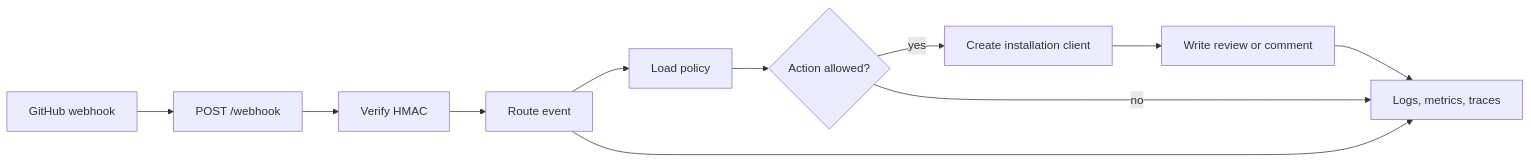
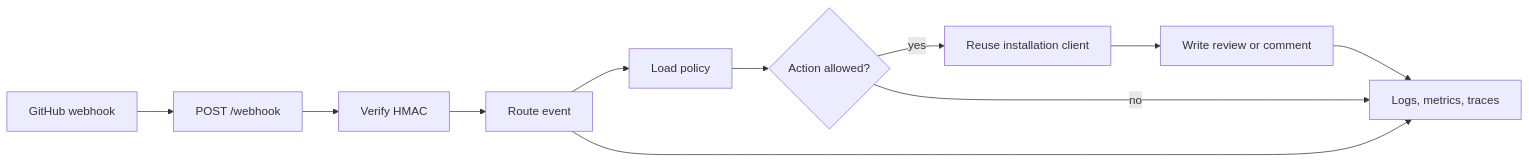
One commit to dannysauer/stampbot changed the first of 2 diagrams in docs/architecture.md. Above: the diagram before and after it, drawn with Mermaid. The commit also changed other lines of this file and 34 other files, not shown here.

````diff
--- a/docs/architecture.md
+++ b/docs/architecture.md
@@ -12,23 +12,23 @@
 ```mermaid
 flowchart LR
     github["GitHub webhook"]
     http["POST /webhook"]
     signature["Verify HMAC"]
     route["Route event"]
     policy["Load policy"]
     decision{"Action allowed?"}
-    installation["Create installation client"]
+    installation["Reuse installation client"]
     write["Write review or comment"]
     signals["Logs, metrics, traces"]
 
     github --> http
     http --> signature
     signature --> route
     route --> policy
     policy --> decision
     decision -->|yes| installation
     installation --> write
     decision -->|no| signals
     route --> signals
     write --> signals
 ```
````
